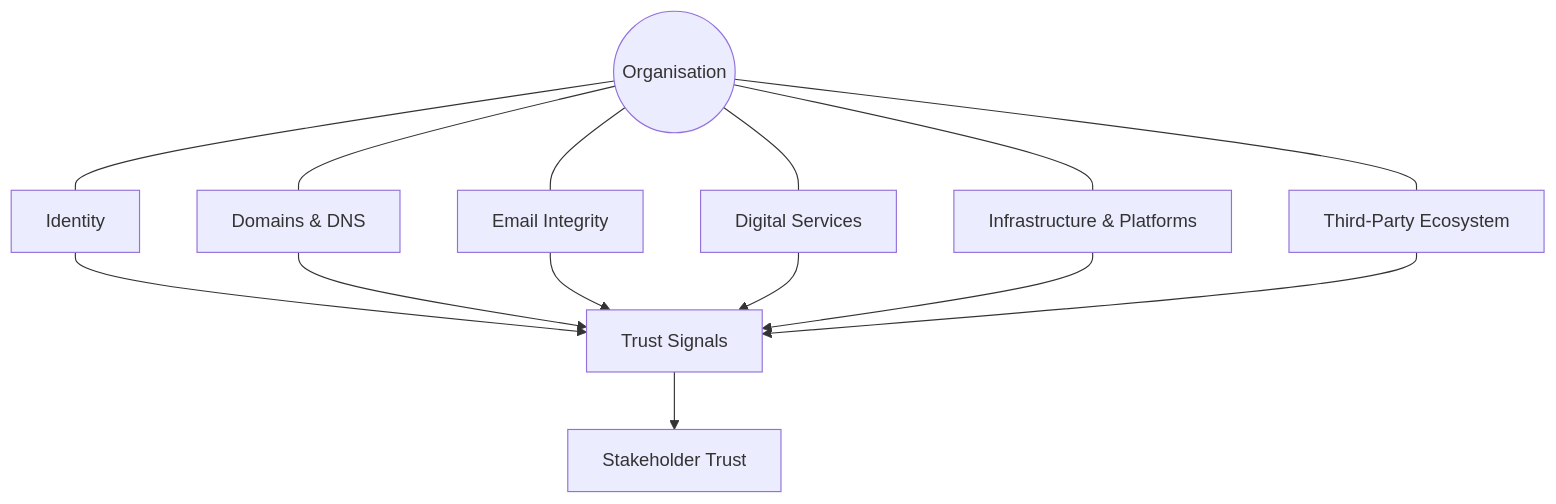
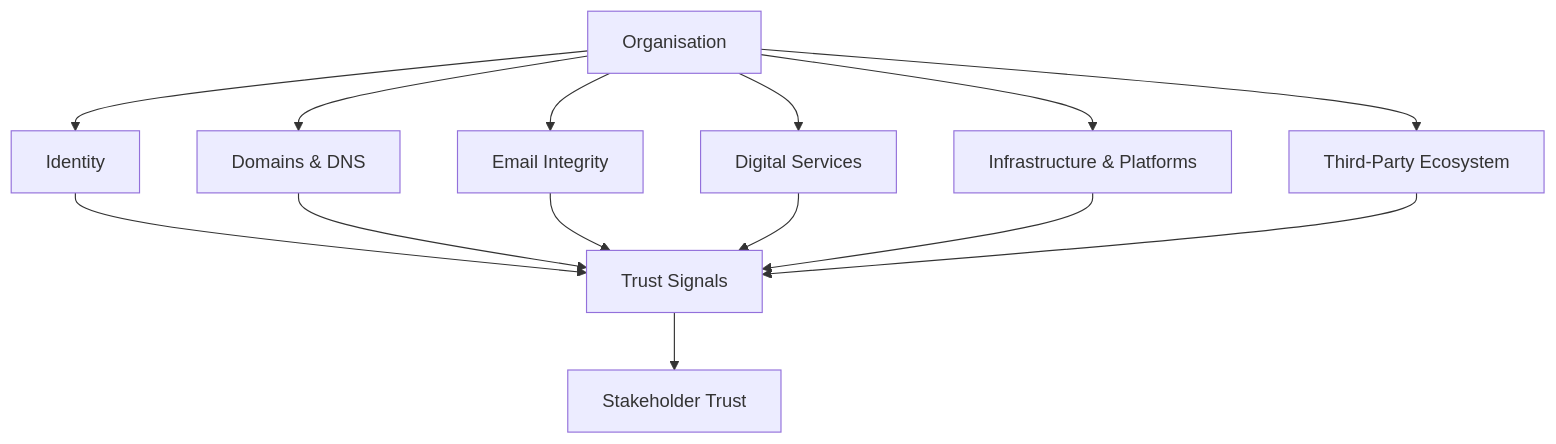
Before and after one commit to bchetcuti/trust-surface-framework: the first of 2 diagrams in diagrams/trust-surface-diagram.md, drawn with Mermaid. The commit also changed other lines of this file and 14 other files, not shown here.

````diff
--- a/diagrams/trust-surface-diagram.md
+++ b/diagrams/trust-surface-diagram.md
@@ -3,27 +17,21 @@
 ```mermaid
-flowchart TB
-  O((Organisation))
+graph TD
 
-  I[Identity]
-  D[Domains & DNS]
-  E[Email Integrity]
-  S[Digital Services]
-  P[Infrastructure & Platforms]
-  T[Third-Party Ecosystem]
+A[Organisation]
 
-  O --- I
-  O --- D
-  O --- E
-  O --- S
-  O --- P
-  O --- T
+A --> B[Identity]
+A --> C[Domains & DNS]
+A --> D[Email Integrity]
+A --> E[Digital Services]
+A --> F[Infrastructure & Platforms]
+A --> G[Third-Party Ecosystem]
 
-  I --> X[Trust Signals]
-  D --> X
-  E --> X
-  S --> X
-  P --> X
-  T --> X
+B --> H[Trust Signals]
+C --> H
+D --> H
+E --> H
+F --> H
+G --> H
 
-  X --> Z[Stakeholder Trust]
+H --> I[Stakeholder Trust]
 ```
````
